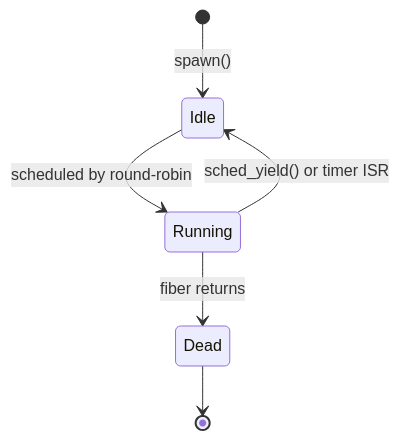
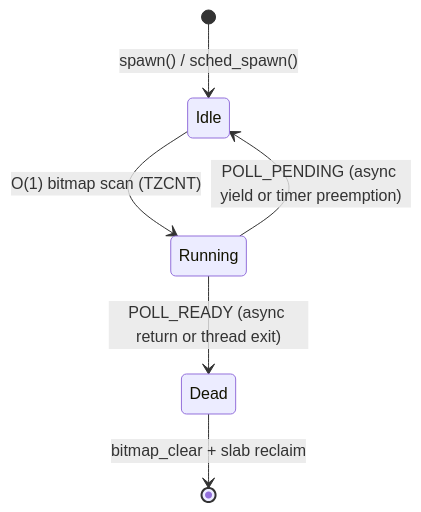
One commit to PropertySightlines/lattice-lettuce-fix changed the eighth of 10 diagrams in docs/ARCH.md. Above: the diagram before and after it, drawn with Mermaid. The commit also changed other lines of this file and 185 other files, not shown here.

````diff
--- a/docs/ARCH.md
+++ b/docs/ARCH.md
@@ -354,8 +579,8 @@
 ```mermaid
 stateDiagram-v2
-    [*] --> Idle: spawn()
-    Idle --> Running: scheduled by round-robin
-    Running --> Idle: sched_yield() or timer ISR
-    Running --> Dead: fiber returns
-    Dead --> [*]
+    [*] --> Idle: spawn() / sched_spawn()
+    Idle --> Running: O(1) bitmap scan (TZCNT)
+    Running --> Idle: POLL_PENDING (async yield or timer preemption)
+    Running --> Dead: POLL_READY (async return or thread exit)
+    Dead --> [*]: bitmap_clear + slab reclaim
 ```
````
